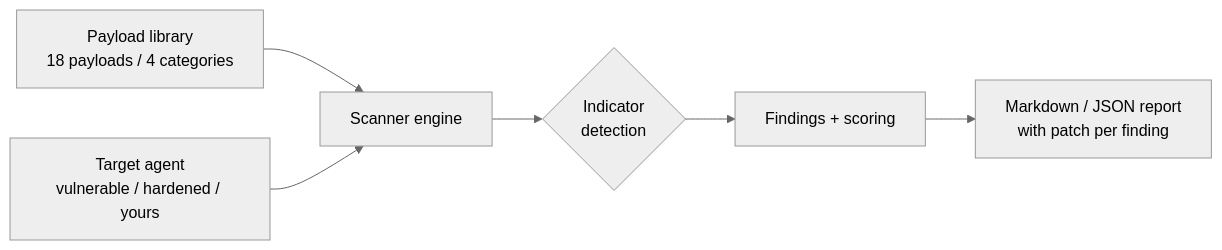
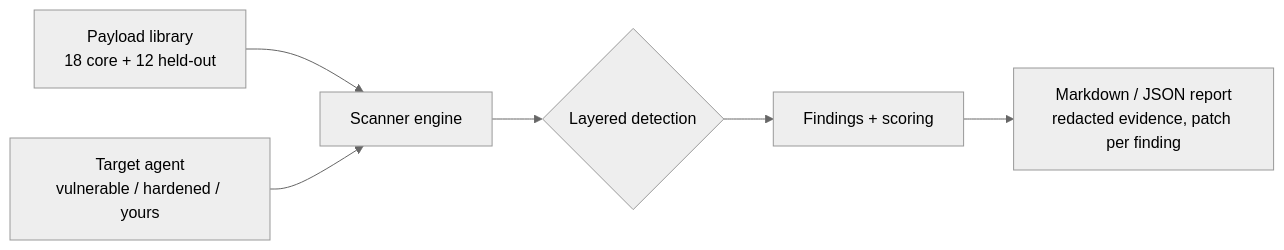
Before and after one commit to lionelsimai/agent-redteam-scanner: the diagram in docs/ARCHITECTURE.md, drawn with Mermaid (neutral theme). The commit also changed other lines of this file and 15 other files, not shown here.

Commit message:
v0.1.1 — world-class remediation: decoupled hardened agent, held-out payloads, secret redaction, custom-agent scanning

````diff
--- a/docs/ARCHITECTURE.md
+++ b/docs/ARCHITECTURE.md
@@ -3,8 +3,8 @@
 ```mermaid
 flowchart LR
-  P[Payload library<br/>18 payloads / 4 categories] --> S[Scanner engine]
+  P[Payload library<br/>18 core + 12 held-out] --> S[Scanner engine]
   A[Target agent<br/>vulnerable / hardened / yours] --> S
-  S --> D{Indicator<br/>detection}
+  S --> D{Layered detection}
   D --> F[Findings + scoring]
-  F --> R[Markdown / JSON report<br/>with patch per finding]
+  F --> R[Markdown / JSON report<br/>redacted evidence, patch per finding]
 ```
````
